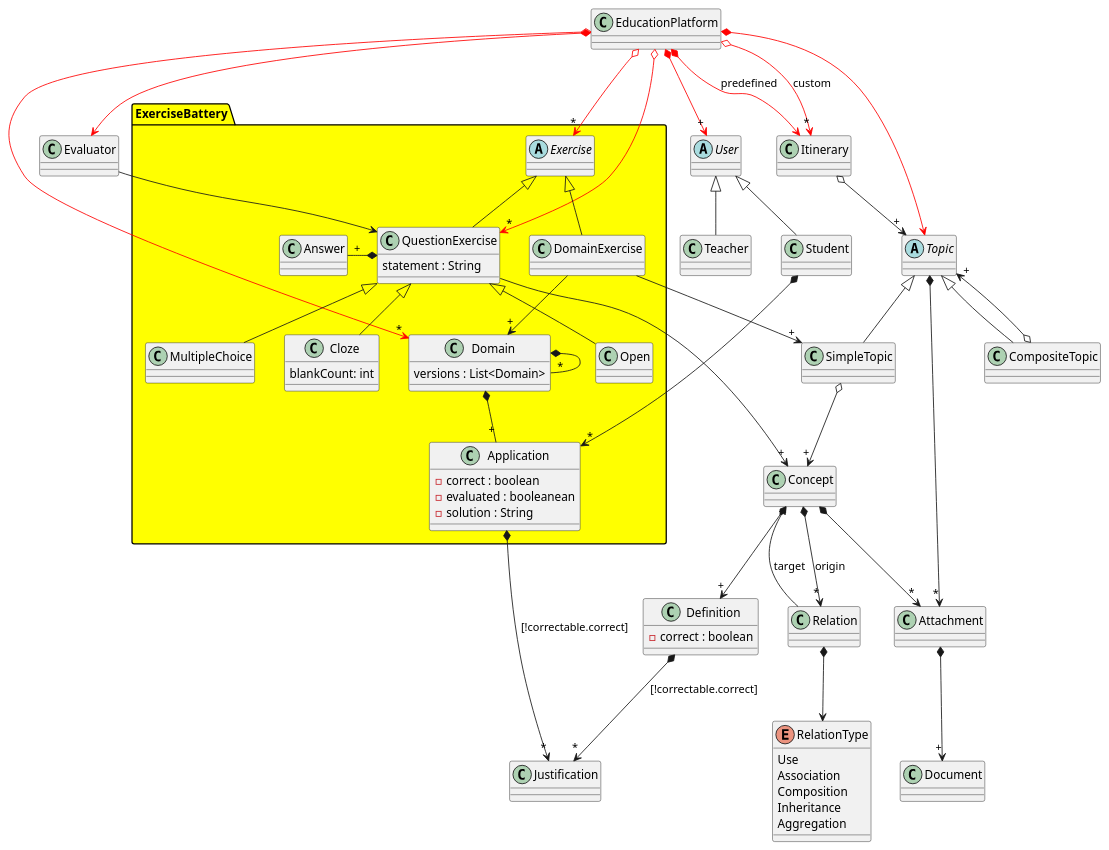
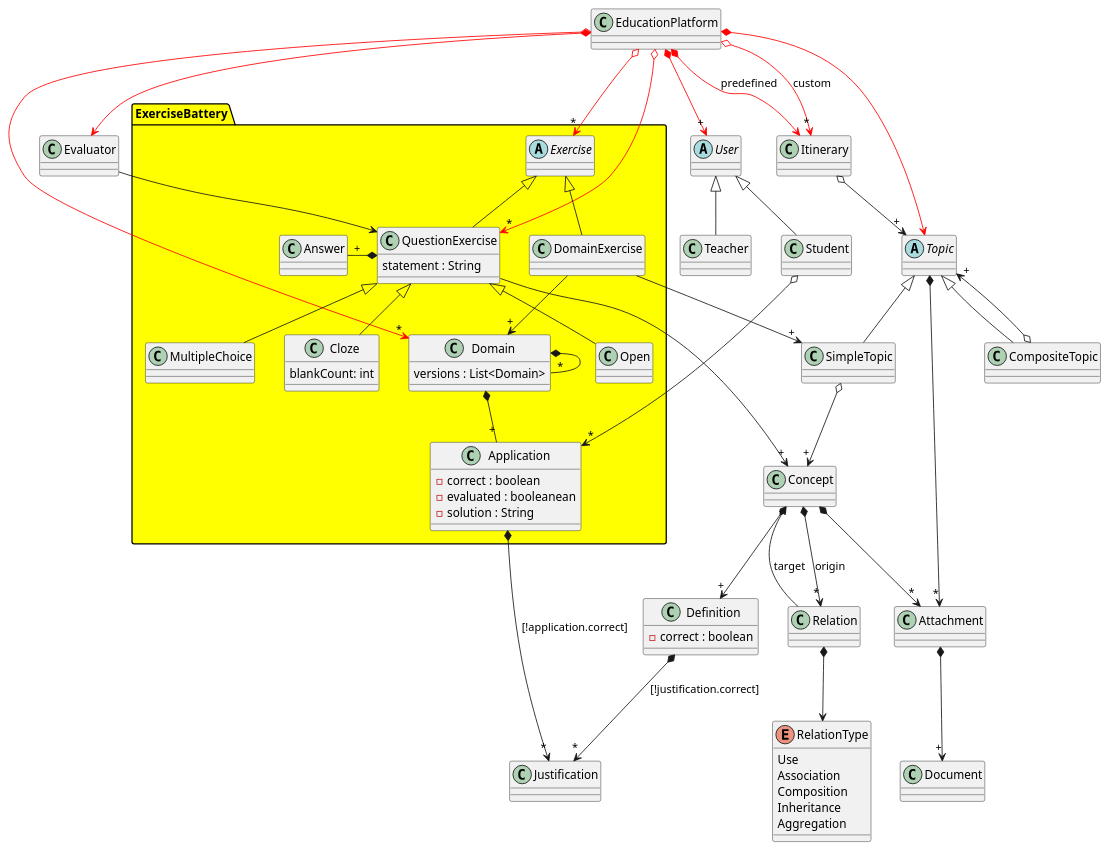
One commit to jumpering/lab-turing changed the diagram in Diagrams/EducationPlatform/Domain.puml. Above: the diagram before and after it, drawn with PlantUML. The commit also changed 1 other file, not shown here.

```diff
--- a/Diagrams/EducationPlatform/Domain.puml
+++ b/Diagrams/EducationPlatform/Domain.puml
@@ -1,122 +1,122 @@
 @startuml EducationPlatformDomain
 
 EducationPlatform *-[#red]-> "+" User
 EducationPlatform *-[#red]-> Topic
 EducationPlatform *-[#red]-> Itinerary : predefined
 EducationPlatform o-[#red]-> "*" Itinerary : custom
 EducationPlatform *-[#red]-> Evaluator
 EducationPlatform o-[#red]-> "*" ExerciseBattery.Exercise
 EducationPlatform o-[#red]-> "*" ExerciseBattery.QuestionExercise
 EducationPlatform o-[#red]-> "*" ExerciseBattery.Domain
 
 abstract User{
 }
 
 User <|-- Teacher
 User <|-- Student
 
 class Teacher{
 }
 
 class Student{
 }
-Student *--> "*" ExerciseBattery.Application
+Student o--> "*" ExerciseBattery.Application
 
 class Evaluator{
 }
 Evaluator --> QuestionExercise
 
 class Itinerary {
 }
 Itinerary o--> "+" Topic
 
 class Definition {
     - correct : boolean
 }
-Definition *--> "*" Justification:[!correctable.correct]
+Definition *--> "*" Justification:[!justification.correct]
 
 class Justification {
 }
 
 abstract Topic{
 }
 Topic <|-- CompositeTopic
 Topic <|-- SimpleTopic
 Topic *--> "*" Attachment
 
 class Attachment{
 }
 Attachment *--> "+" Document
 
 class SimpleTopic{
 }
 SimpleTopic o--> "+" Concept
 
 class CompositeTopic{
 }
 CompositeTopic o--> "+" Topic
 
 class Document{}
 
 class Concept{
 }
 Concept *-down-> "+" Definition
 Concept *-down-> "*" Relation : origin
 Concept *-down-> "*" Attachment
 
 class Relation {
 }
 Relation --> Concept : target
 Relation *-down-> RelationType
 
 enum RelationType {
     Use
     Association
     Composition
     Inheritance
     Aggregation
 } 
 
 package ExerciseBattery #yellow{
 
     abstract Exercise {
     }
     Exercise <|-- QuestionExercise
     Exercise <|-- DomainExercise
 
     class DomainExercise{
 
     }
     DomainExercise --> "+" Domain
     DomainExercise --> "+" SimpleTopic
 
     class Domain{
         versions : List<Domain>
     }
     Domain *-- "*" Domain
     Domain *-- "+" ExerciseBattery.Application
    
     class QuestionExercise{
         statement : String
     }
     QuestionExercise <|-- MultipleChoice
     QuestionExercise <|-- Cloze
     QuestionExercise <|-- Open
     QuestionExercise --> "+" Concept
     QuestionExercise *-left- "+" Answer
 
     class Cloze{
         blankCount: int
     }
     
     class MultipleChoice{
     }
 
     class Application{
         - correct : boolean
         - evaluated : booleanean
         - solution : String
     }
-    Application *--> "*" Justification:[!correctable.correct]
+    Application *--> "*" Justification:[!application.correct]
 }
 @enduml
```
